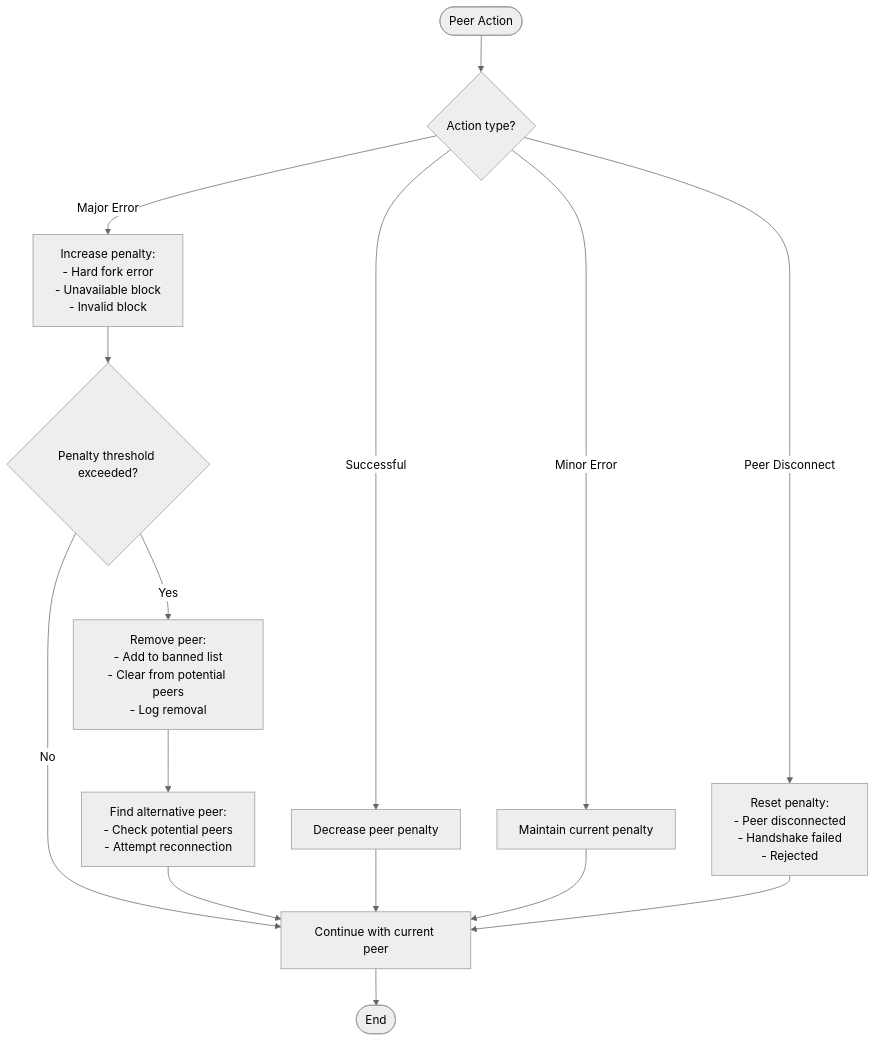
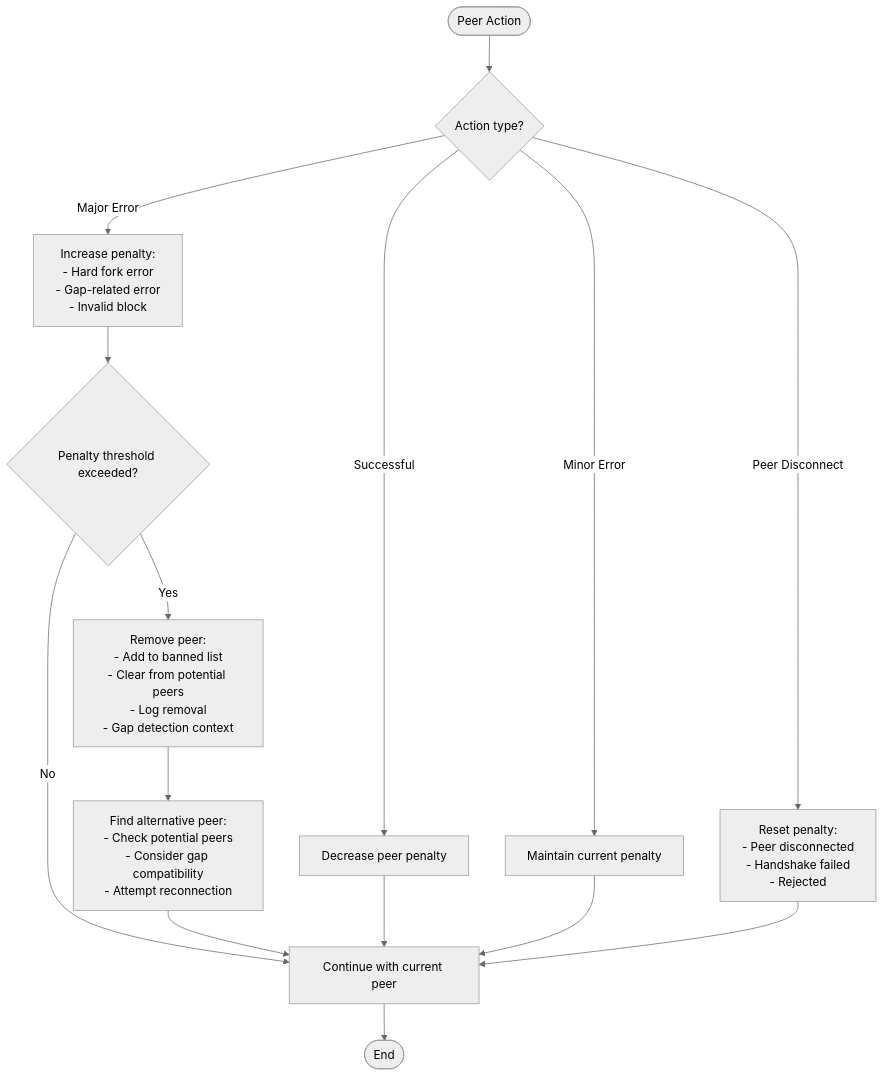
One commit to VIZ-Blockchain/viz-cpp-node changed diagram 26 of 32 in .qoder/repowiki/en/content/P2p Plugin.md. Above: the diagram before and after it, drawn with Mermaid (neutral theme). The commit also changed other lines of this file and 5 other files, not shown here.

First line of the commit message:
feat(dlt_block_log): add reset method and automatic gap recovery system

````diff
--- a/.qoder/repowiki/en/content/P2p Plugin.md
+++ b/.qoder/repowiki/en/content/P2p Plugin.md
@@ -692,17 +950,17 @@
 ```mermaid
 flowchart TD
 Start([Peer Action]) --> CheckAction{"Action type?"}
 CheckAction --> |Successful| DecreasePenalty["Decrease peer penalty"]
 CheckAction --> |Minor Error| MaintainPenalty["Maintain current penalty"]
-CheckAction --> |Major Error| IncreasePenalty["Increase penalty:<br/>- Hard fork error<br/>- Unavailable block<br/>- Invalid block"]
+CheckAction --> |Major Error| IncreasePenalty["Increase penalty:<br/>- Hard fork error<br/>- Gap-related error<br/>- Invalid block"]
 CheckAction --> |Peer Disconnect| ResetPenalty["Reset penalty:<br/>- Peer disconnected<br/>- Handshake failed<br/>- Rejected"]
 IncreasePenalty --> CheckThreshold{"Penalty threshold exceeded?"}
 CheckThreshold --> |No| Continue["Continue with current peer"]
-CheckThreshold --> |Yes| RemovePeer["Remove peer:<br/>- Add to banned list<br/>- Clear from potential peers<br/>- Log removal"]
-RemovePeer --> FindAlternative["Find alternative peer:<br/>- Check potential peers<br/>- Attempt reconnection"]
+CheckThreshold --> |Yes| RemovePeer["Remove peer:<br/>- Add to banned list<br/>- Clear from potential peers<br/>- Log removal<br/>- Gap detection context"]
+RemovePeer --> FindAlternative["Find alternative peer:<br/>- Check potential peers<br/>- Consider gap compatibility<br/>- Attempt reconnection"]
 FindAlternative --> Continue
 DecreasePenalty --> Continue
 MaintainPenalty --> Continue
 ResetPenalty --> Continue
 Continue --> End([End])
 ```
````
